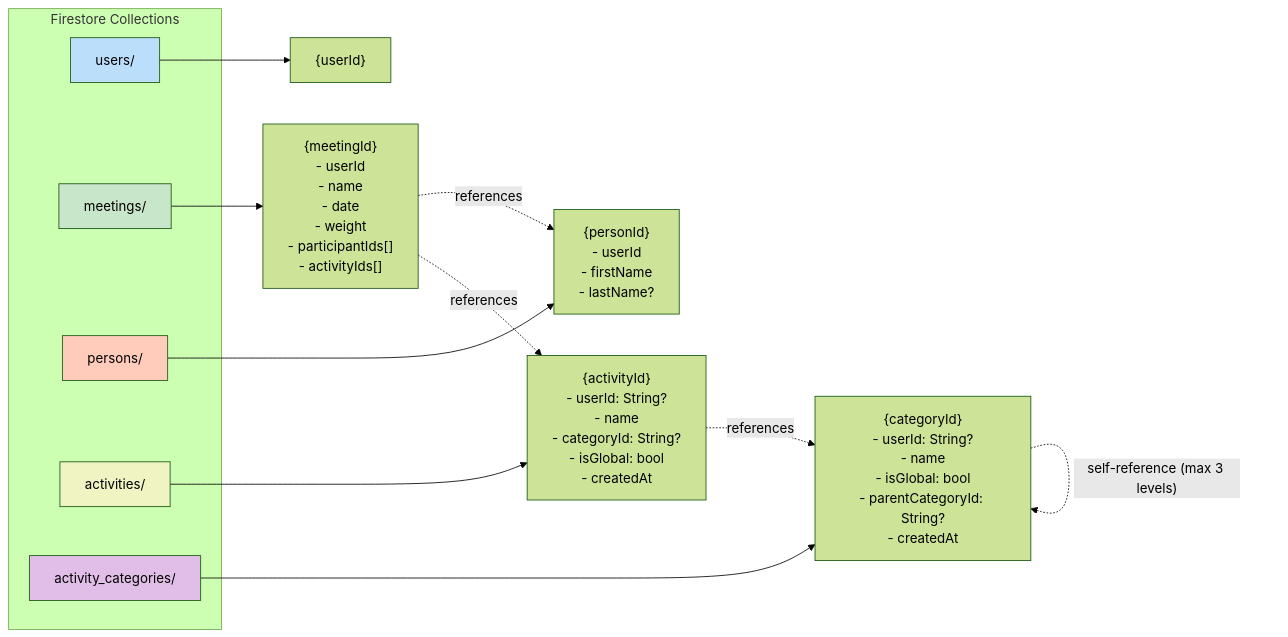
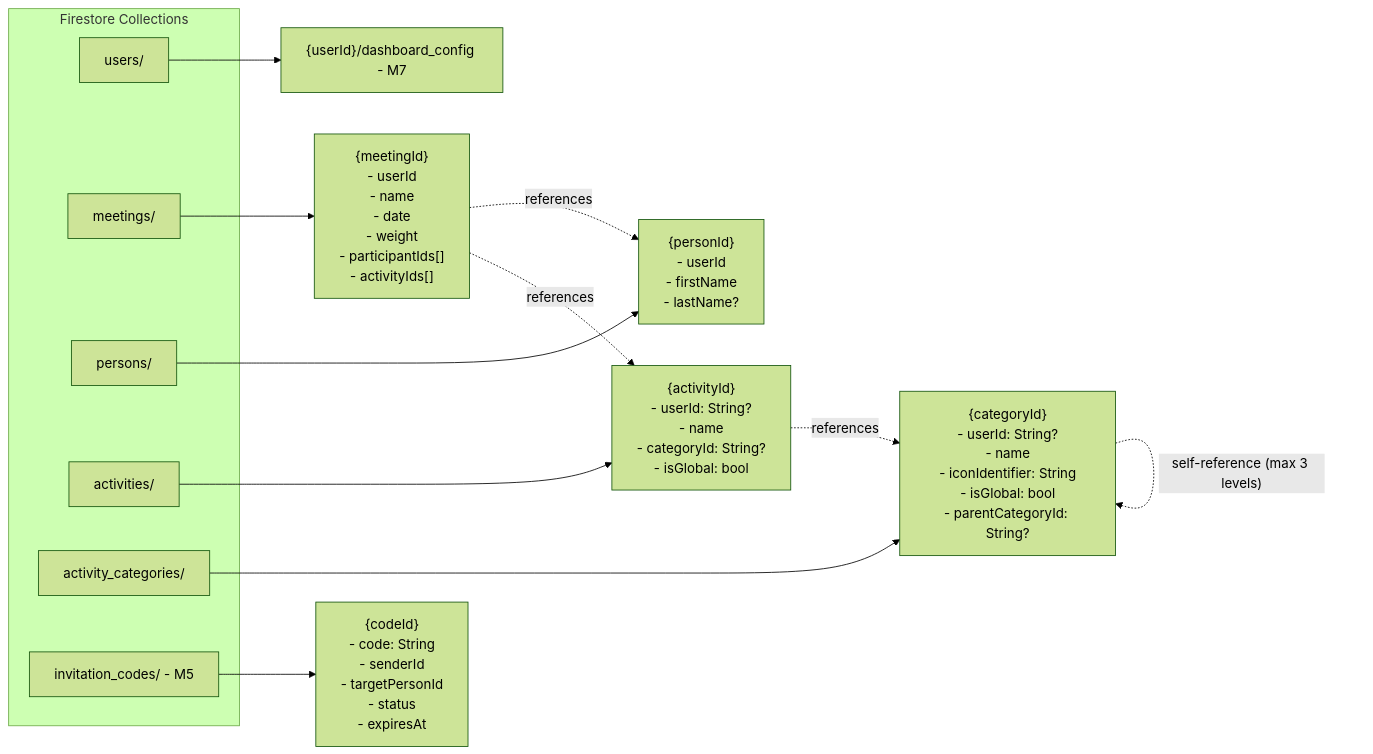
The fourth of 5 diagrams in docs/architecture.md (aleksanderginalski/Friendsheet-App), drawn with Mermaid (forest theme) before and after one commit. The commit also changed other lines of this file and 3 other files, not shown here.

````diff
--- a/docs/architecture.md
+++ b/docs/architecture.md
@@ -212,27 +319,23 @@
 ```mermaid
 graph LR
     subgraph "Firestore Collections"
         A[users/]
         B[meetings/]
         C[persons/]
         D[activities/]
         E[activity_categories/]
+        F[invitation_codes/ - M5]
     end
     
-    A --> A1["{userId}"]
+    A --> A1["{userId}/dashboard_config - M7"]
     B --> B1["{meetingId}<br/>- userId<br/>- name<br/>- date<br/>- weight<br/>- participantIds[]<br/>- activityIds[]"]
     C --> C1["{personId}<br/>- userId<br/>- firstName<br/>- lastName?"]
-    D --> D1["{activityId}<br/>- userId: String?<br/>- name<br/>- categoryId: String?<br/>- isGlobal: bool<br/>- createdAt"]
-    E --> E1["{categoryId}<br/>- userId: String?<br/>- name<br/>- isGlobal: bool<br/>- parentCategoryId: String?<br/>- createdAt"]
+    D --> D1["{activityId}<br/>- userId: String?<br/>- name<br/>- categoryId: String?<br/>- isGlobal: bool"]
+    E --> E1["{categoryId}<br/>- userId: String?<br/>- name<br/>- iconIdentifier: String<br/>- isGlobal: bool<br/>- parentCategoryId: String?"]
+    F --> F1["{codeId}<br/>- code: String<br/>- senderId<br/>- targetPersonId<br/>- status<br/>- expiresAt"]
     
     B1 -.->|references| C1
     B1 -.->|references| D1
     D1 -.->|references| E1
     E1 -.->|"self-reference (max 3 levels)"| E1
-    
-    style A fill:#BBDEFB
-    style B fill:#C8E6C9
-    style C fill:#FFCCBC
-    style D fill:#F0F4C3
-    style E fill:#E1BEE7
 ```
````
